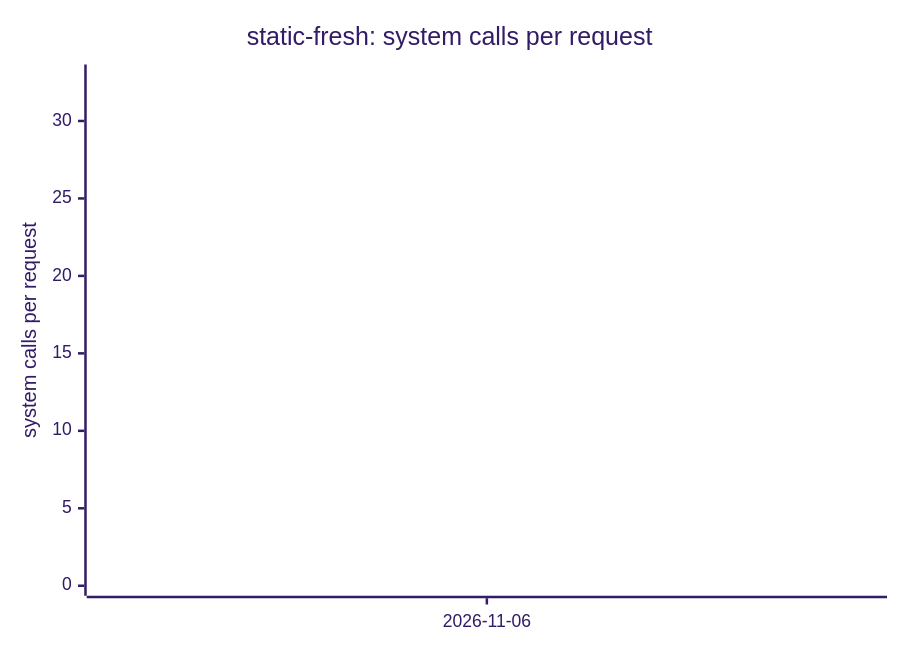
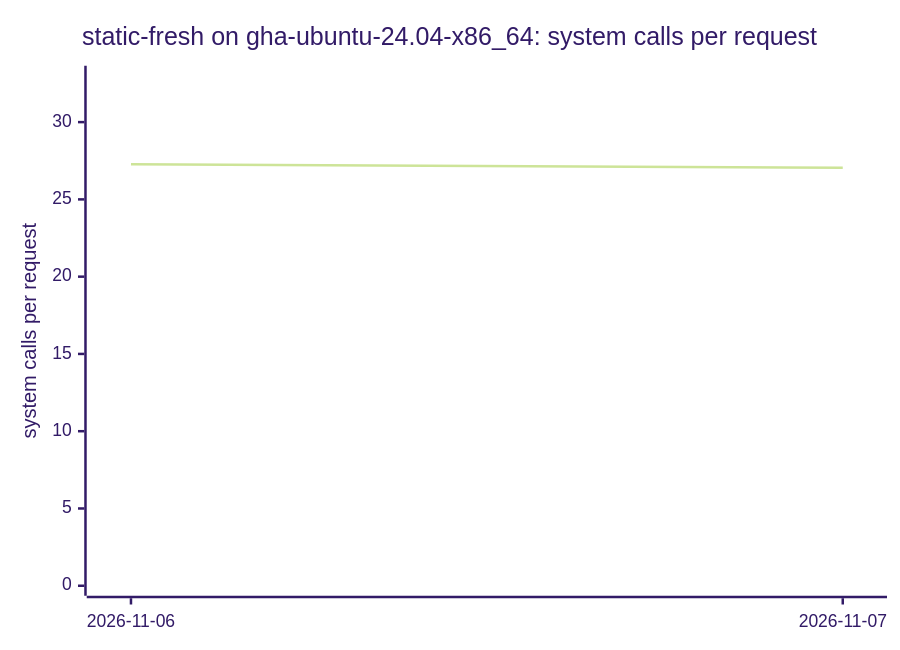
Before and after one commit to ThePixelPilgrim/durchlauferhitzer: the tenth of 14 diagrams in BENCHMARKS.md, drawn with Mermaid (forest theme). The commit also changed other lines of this file and 1 other file, not shown here.

````diff
--- a/BENCHMARKS.md
+++ b/BENCHMARKS.md
@@ -105,7 +116,7 @@
 ```mermaid
 xychart-beta
-  title "static-fresh: system calls per request"
-  x-axis ["2026-11-06"]
+  title "static-fresh on gha-ubuntu-24.04-x86_64: system calls per request"
+  x-axis ["2026-11-06", "2026-11-07"]
   y-axis "system calls per request" 0 --> 33
-  line [27.28]
+  line [27.28, 27.04]
 ```
````
